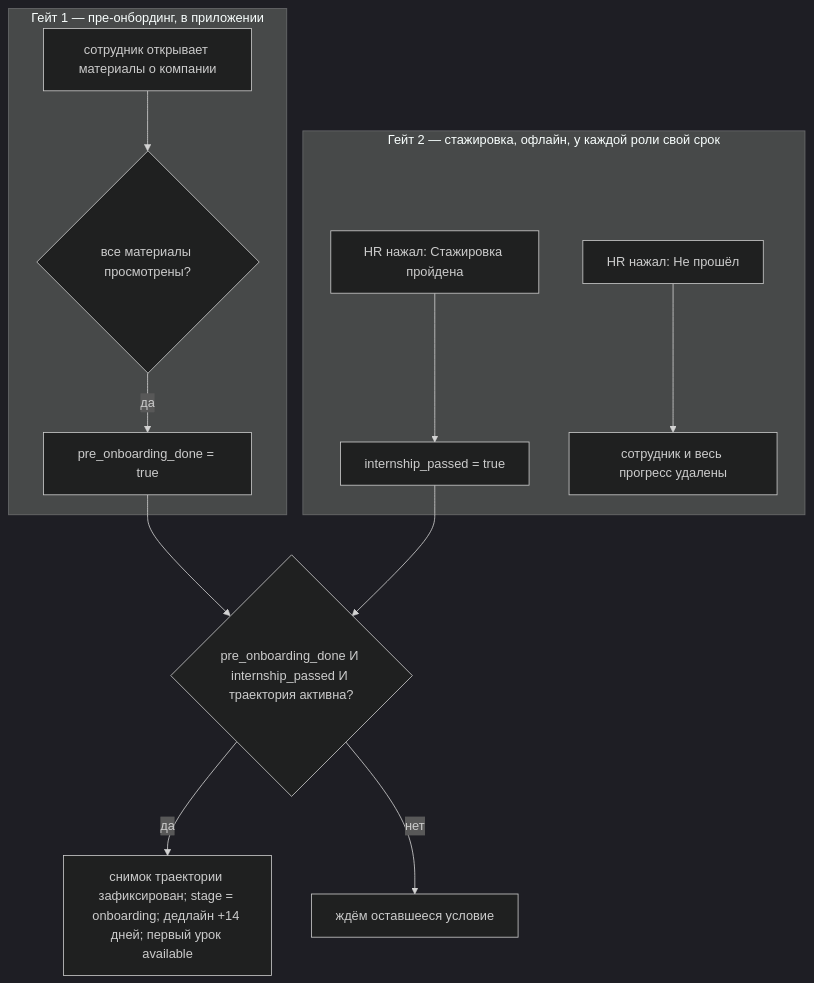
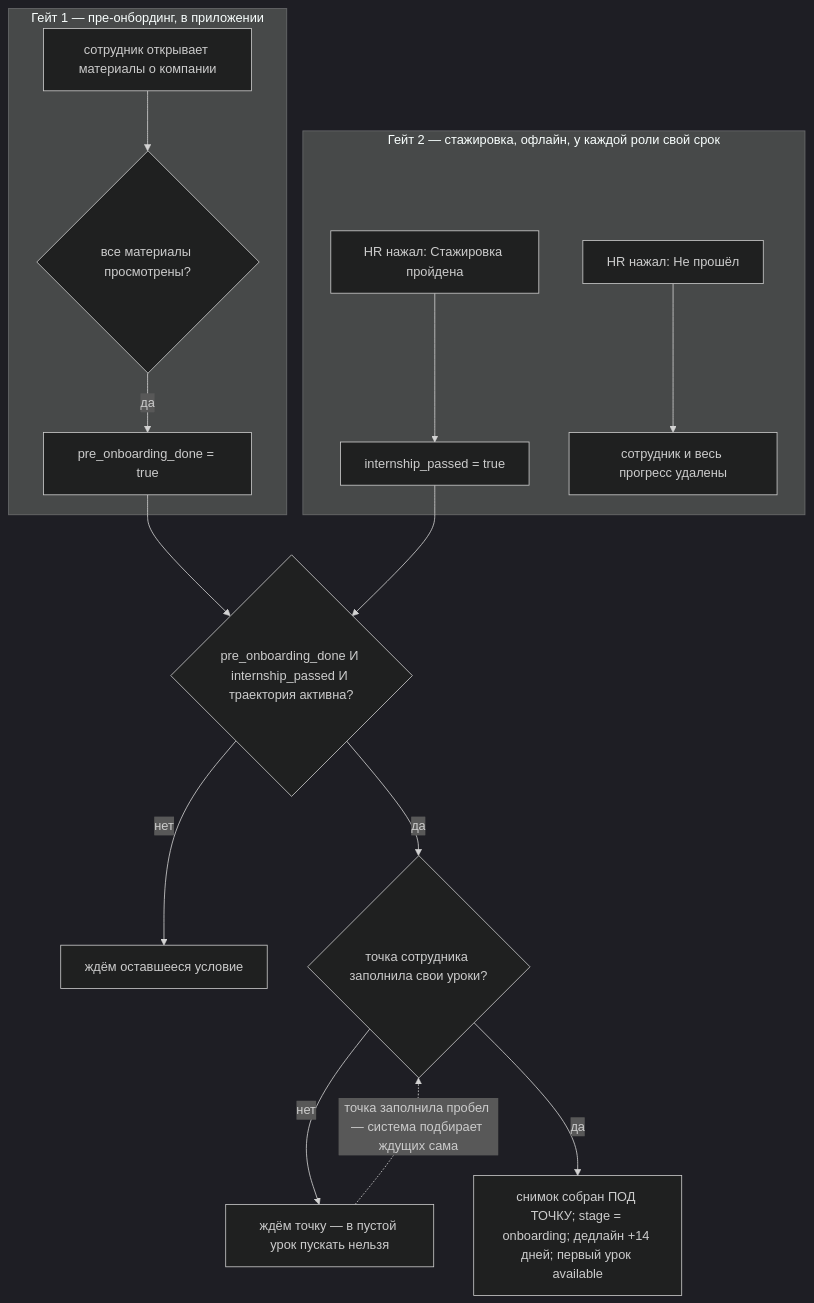
Before and after one commit to meirshon999/hr-lms: the diagram in diagrams/src/07-process-onboarding-gates.mmd, drawn with Mermaid (dark theme). The commit also changed 18 other files, not shown here.

First line of the commit message:
Канон под новую модель: LOGIC, схемы, спецификация API

```diff
--- a/diagrams/src/07-process-onboarding-gates.mmd
+++ b/diagrams/src/07-process-onboarding-gates.mmd
@@ -1,13 +1,16 @@
 flowchart TD
     subgraph Gate1["Гейт 1 — пре-онбординг, в приложении"]
       P1["сотрудник открывает материалы о компании"] --> P2{"все материалы просмотрены?"}
       P2 -->|да| P3["pre_onboarding_done = true"]
     end
     subgraph Gate2["Гейт 2 — стажировка, офлайн, у каждой роли свой срок"]
       S2["HR нажал: Стажировка пройдена"] --> S3["internship_passed = true"]
       S4["HR нажал: Не прошёл"] --> S5["сотрудник и весь прогресс удалены"]
     end
     P3 --> G{"pre_onboarding_done И internship_passed И траектория активна?"}
     S3 --> G
-    G -->|да| O["снимок траектории зафиксирован; stage = onboarding; дедлайн +14 дней; первый урок available"]
     G -->|нет| W["ждём оставшееся условие"]
+    G -->|да| L{"точка сотрудника заполнила свои уроки?"}
+    L -->|нет| W2["ждём точку — в пустой урок пускать нельзя"]
+    L -->|да| O["снимок собран ПОД ТОЧКУ; stage = onboarding; дедлайн +14 дней; первый урок available"]
+    W2 -.->|"точка заполнила пробел — система подбирает ждущих сама"| L
```
